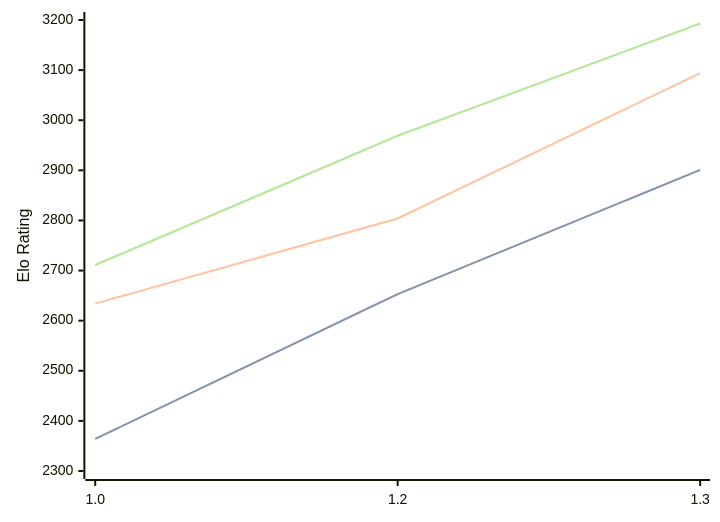
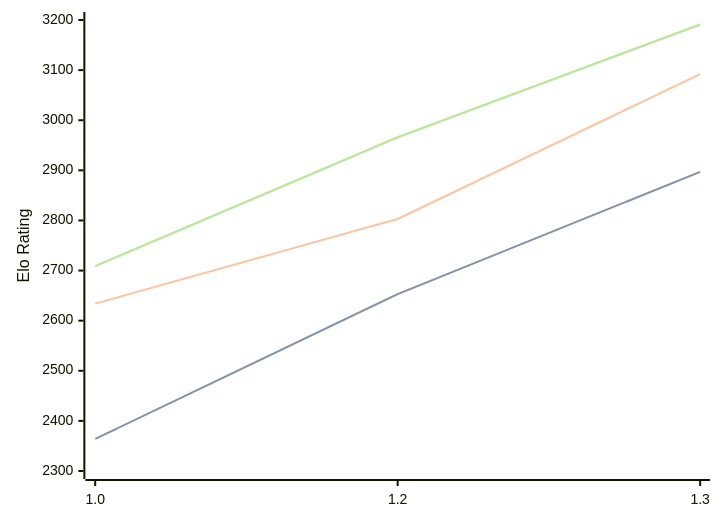
Before and after one commit to computer-chess-index/cci: the diagram in engines/Chessnix.md, drawn with Mermaid. The commit also changed other lines of this file, not shown here.

Commit message:
Update CCI Ratings (ELO VLTC) - 2026-03-31

````diff
--- a/engines/Chessnix.md
+++ b/engines/Chessnix.md
@@ -35,11 +35,11 @@
 ```mermaid
 %%{init: {"theme":"base","themeVariables":{"seriesColors:['#a3a3a3','#222221','#faa371']}}}%%
 xychart-beta
   x-axis ["1.0", "1.2", "1.3"]
   y-axis "Elo Rating" 2300 --> 3200
-  line "STC (8.0+0.08s)" [2364, 2653, 2901]
-  line "STC (8.0+0.08s)" [2364, 2653, 2901]
-  line "LTC (60.0+0.60s)" [2634, 2804, 3094]
-  line "VLTC (2m24s+1.12s)" [2711, 2969, 3193]
-  line "VLTC (2m24s+1.12s)" [2711, 2969, 3193]
+  line "STC (8.0+0.08s)" [2364, 2653, 2897]
+  line "STC (8.0+0.08s)" [2364, 2653, 2897]
+  line "LTC (60.0+0.60s)" [2634, 2803, 3092]
+  line "VLTC (2m24s+1.12s)" [2709, 2966, 3191]
+  line "VLTC (2m24s+1.12s)" [2709, 2966, 3191]
 ```
````
